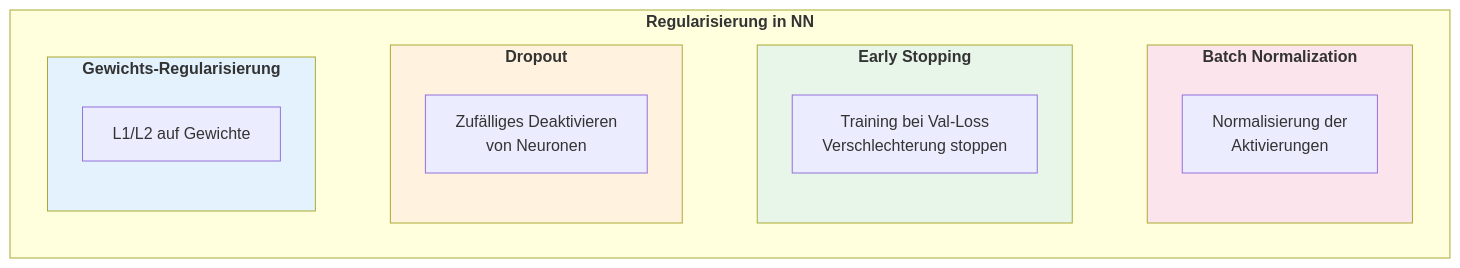
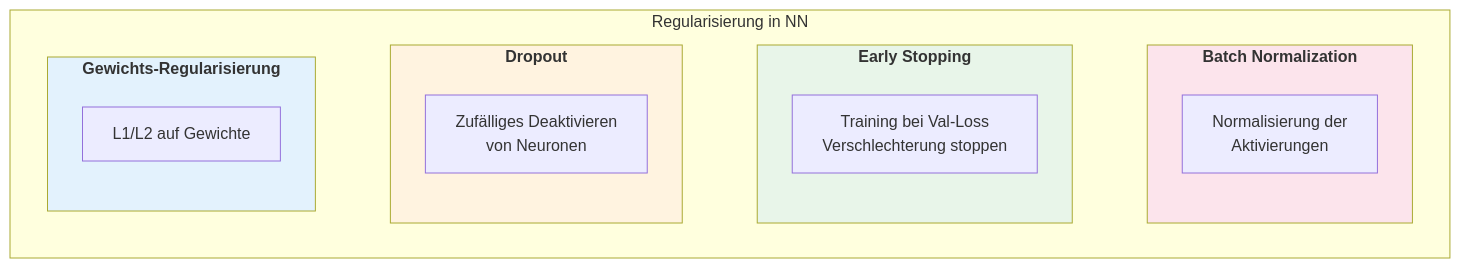
One commit to ralf-42/ML_Intro changed the third of 5 diagrams in docs/concepts/evaluate/regularisierung.md. Above: the diagram before and after it, drawn with Mermaid. The commit also changed other lines of this file and 6 other files, not shown here.

````diff
--- a/docs/concepts/evaluate/regularisierung.md
+++ b/docs/concepts/evaluate/regularisierung.md
@@ -327,27 +327,27 @@
 ```mermaid
 flowchart TB
-    subgraph nn_reg["<b><b>Regularisierung in NN</b>"]
+    subgraph nn_reg["Regularisierung in NN"]
         subgraph weight["<b>Gewichts-Regularisierung"]
             W1["L1/L2 auf Gewichte"]
         end
         
         subgraph dropout["<b>Dropout"]
             D1["Zufälliges Deaktivieren<br/>von Neuronen"]
         end
         
         subgraph early["<b>Early Stopping"]
             E1["Training bei Val-Loss<br/>Verschlechterung stoppen"]
         end
         
         subgraph bn["<b>Batch Normalization"]
             B1["Normalisierung der<br/>Aktivierungen"]
         end
     end
     
     weight ~~~ dropout ~~~ early ~~~ bn
     
     style weight fill:#e3f2fd
     style dropout fill:#fff3e0
     style early fill:#e8f5e9
     style bn fill:#fce4ec
 ```
````
